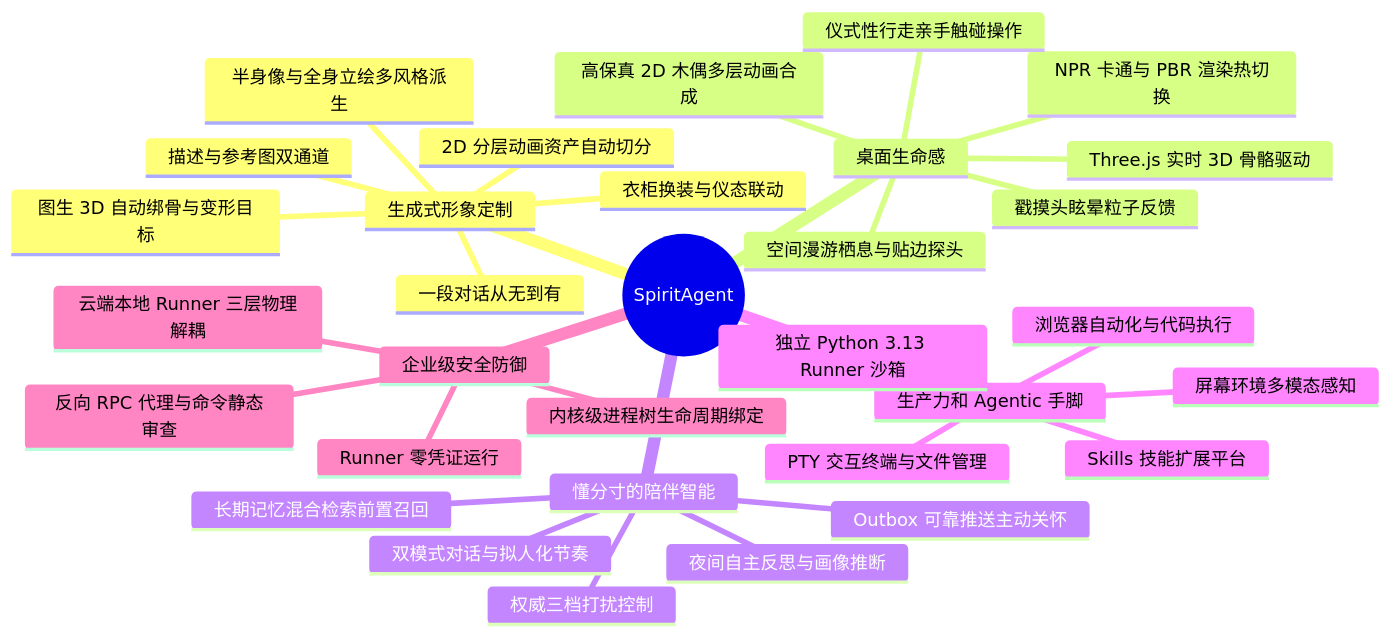
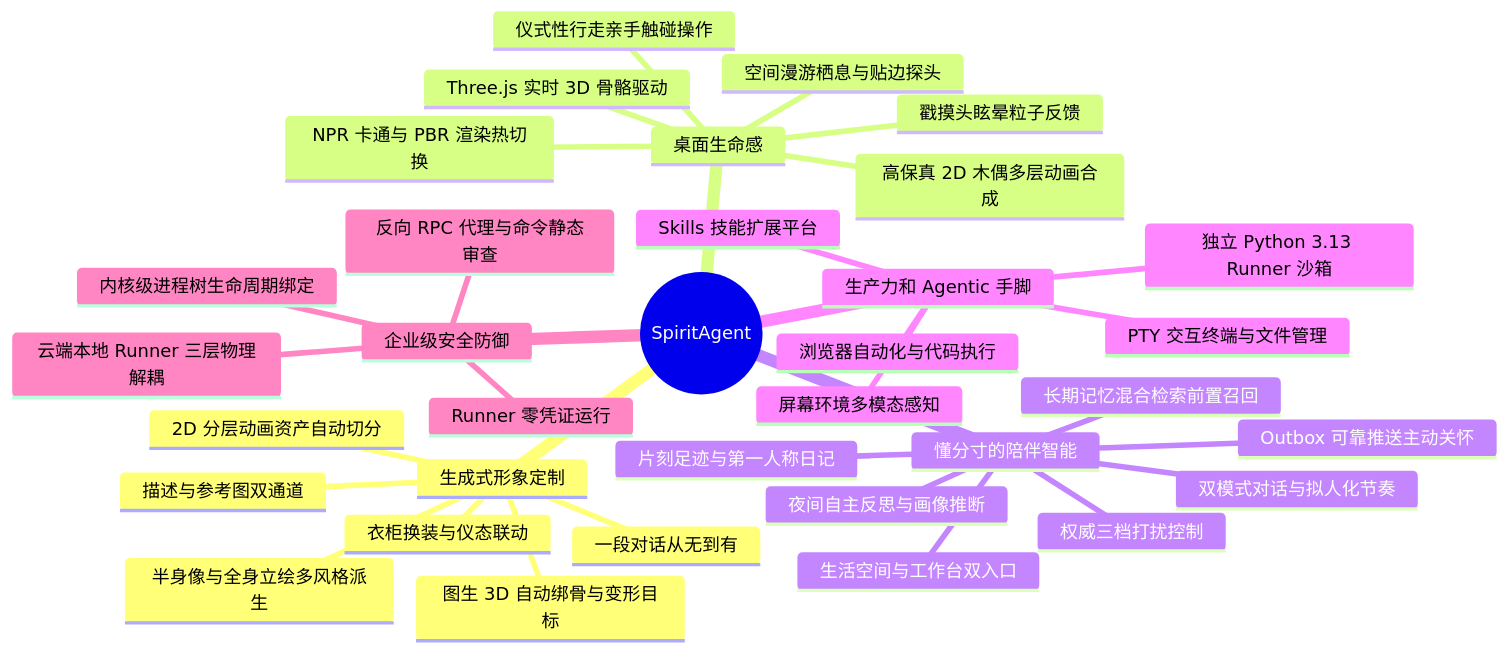
One commit to yangjinming1062/DeskAgent changed the diagram in README.md. Above: the diagram before and after it, drawn with Mermaid. The commit also changed other lines of this file and 6 other files, not shown here.

````diff
--- a/README.md
+++ b/README.md
@@ -57,35 +57,37 @@
 ```mermaid
 mindmap
   root((SpiritAgent))
     生成式形象定制
       一段对话从无到有
       描述与参考图双通道
       半身像与全身立绘多风格派生
       2D 分层动画资产自动切分
       图生 3D 自动绑骨与变形目标
       衣柜换装与仪态联动
     桌面生命感
       高保真 2D 木偶多层动画合成
       Three.js 实时 3D 骨骼驱动
       NPR 卡通与 PBR 渲染热切换
       空间漫游栖息与贴边探头
       仪式性行走亲手触碰操作
       戳摸头眩晕粒子反馈
     懂分寸的陪伴智能
       长期记忆混合检索前置召回
+      生活空间与工作台双入口
+      片刻足迹与第一人称日记
       夜间自主反思与画像推断
       Outbox 可靠推送主动关怀
       权威三档打扰控制
       双模式对话与拟人化节奏
     生产力和 Agentic 手脚
       独立 Python 3.13 Runner 沙箱
       PTY 交互终端与文件管理
       浏览器自动化与代码执行
       Skills 技能扩展平台
       屏幕环境多模态感知
     企业级安全防御
       云端本地 Runner 三层物理解耦
       Runner 零凭证运行
       反向 RPC 代理与命令静态审查
       内核级进程树生命周期绑定
 ```
````
